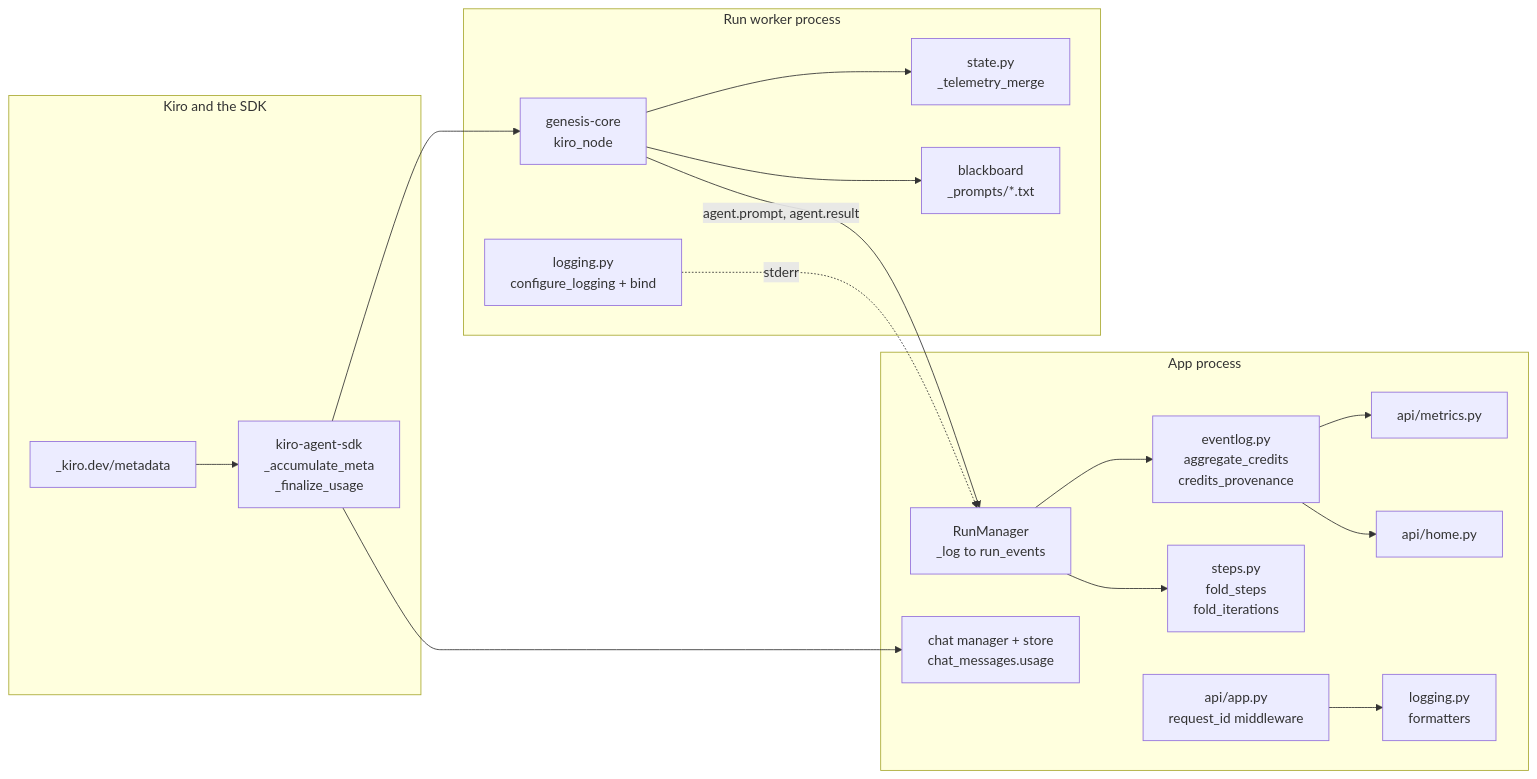
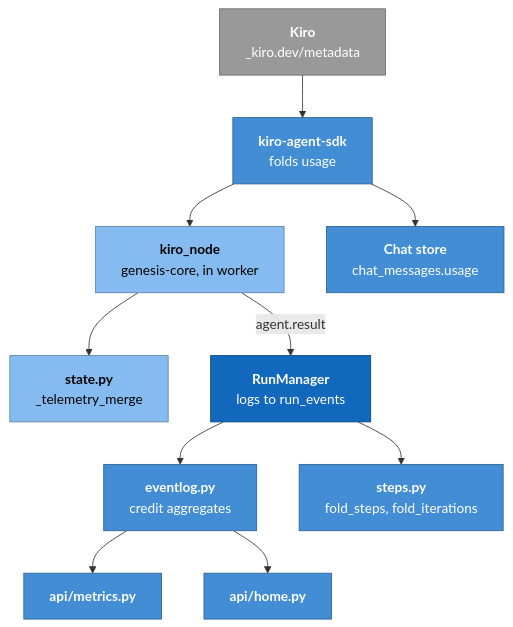
One commit to ram-020998/project-tracker changed the first of 3 diagrams in genesis/architecture/modules/observability-and-credits.md. Above: the diagram before and after it, drawn with Mermaid. The commit also changed other lines of this file and 24 other files, not shown here.

First line of the commit message:
architecture: rewrite all 86 Mermaid diagrams to one C4 style, each render-checked

````diff
--- a/genesis/architecture/modules/observability-and-credits.md
+++ b/genesis/architecture/modules/observability-and-credits.md
@@ -60,32 +60,28 @@
 ```mermaid
-flowchart LR
-    subgraph kiro["Kiro and the SDK"]
-        meta["_kiro.dev/metadata"]
-        sdk["kiro-agent-sdk<br/>_accumulate_meta<br/>_finalize_usage"]
-    end
-    subgraph worker["Run worker process"]
-        agent["genesis-core<br/>kiro_node"]
-        red["state.py<br/>_telemetry_merge"]
-        wlog["logging.py<br/>configure_logging + bind"]
-        prompts["blackboard<br/>_prompts/*.txt"]
-    end
-    subgraph app["App process"]
-        mgr["RunManager<br/>_log to run_events"]
-        elog["eventlog.py<br/>aggregate_credits<br/>credits_provenance"]
-        steps["steps.py<br/>fold_steps<br/>fold_iterations"]
-        metrics["api/metrics.py"]
-        home["api/home.py"]
-        chat["chat manager + store<br/>chat_messages.usage"]
-        mw["api/app.py<br/>request_id middleware"]
-        alog["logging.py<br/>formatters"]
-    end
-    meta --> sdk --> agent
+flowchart TB
+    meta["<b>Kiro</b><br/>_kiro.dev/metadata"]:::ext
+    sdk["<b>kiro-agent-sdk</b><br/>folds usage"]:::comp
+    agent["<b>kiro_node</b><br/>genesis-core, in worker"]:::proc
+    red["<b>state.py</b><br/>_telemetry_merge"]:::proc
+    mgr["<b>RunManager</b><br/>logs to run_events"]:::core
+    elog["<b>eventlog.py</b><br/>credit aggregates"]:::comp
+    steps["<b>steps.py</b><br/>fold_steps, fold_iterations"]:::comp
+    metrics["<b>api/metrics.py</b>"]:::comp
+    home["<b>api/home.py</b>"]:::comp
+    chat["<b>Chat store</b><br/>chat_messages.usage"]:::comp
+    meta --> sdk
+    sdk --> agent
+    sdk --> chat
     agent --> red
-    agent --> prompts
-    agent -->|"agent.prompt, agent.result"| mgr --> elog
+    agent -- "agent.result" --> mgr
+    mgr --> elog
+    mgr --> steps
     elog --> metrics & home
-    mgr --> steps
-    sdk --> chat
-    mw --> alog
-    wlog -. "stderr" .-> mgr
+    classDef person fill:#08427b,stroke:#052e56,color:#ffffff
+    classDef core fill:#1168bd,stroke:#0b4884,color:#ffffff
+    classDef comp fill:#438dd5,stroke:#2e6295,color:#ffffff
+    classDef proc fill:#85bbf0,stroke:#5d82a8,color:#000000
+    classDef ext fill:#999999,stroke:#6b6b6b,color:#ffffff
+    classDef data fill:#f5f5f5,stroke:#616161,color:#212121
+    classDef note fill:#fff8e1,stroke:#f9a825,color:#5d4037
 ```
````
